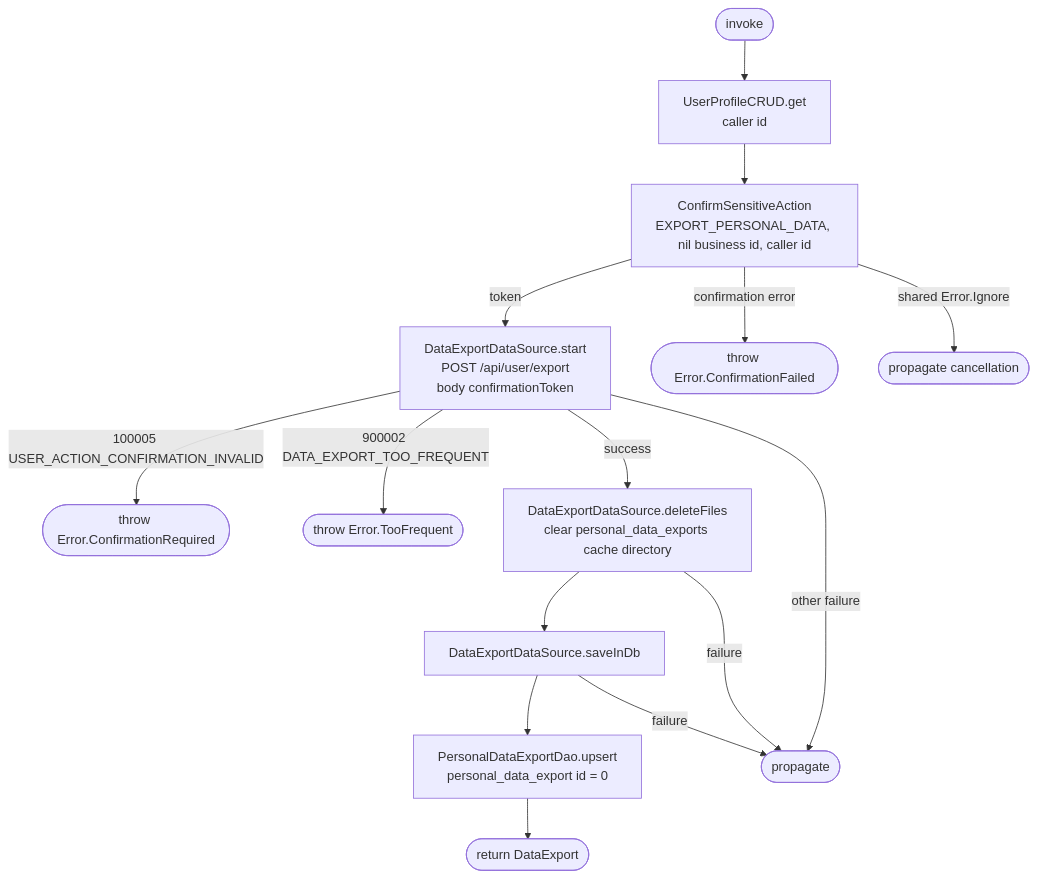
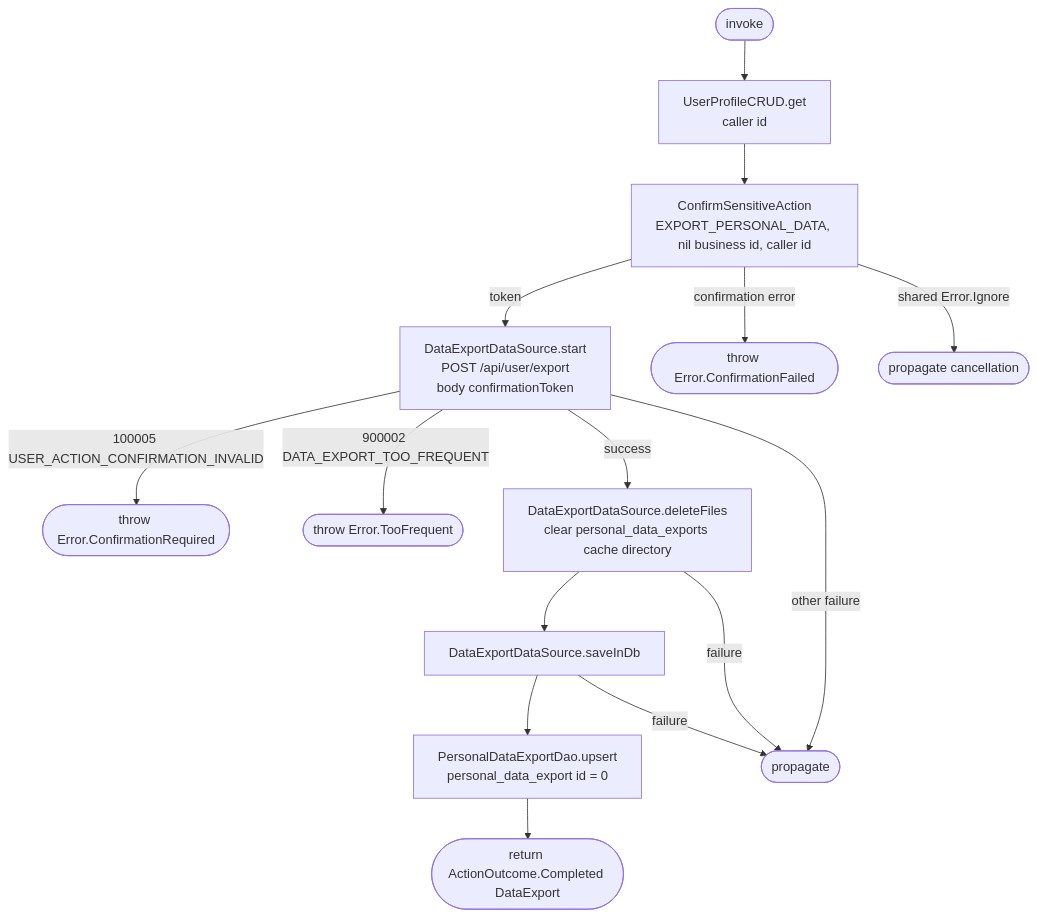
Before and after one commit to nocturneproperties/bookkme-client: the first of 2 diagrams in docs/operations/settings/start-personal-data-export.md, drawn with Mermaid. The commit also changed other lines of this file and 6 other files, not shown here.

````diff
--- a/docs/operations/settings/start-personal-data-export.md
+++ b/docs/operations/settings/start-personal-data-export.md
@@ -7,17 +11,17 @@
 ```mermaid
 flowchart TD
     Start([invoke]) --> Profile[UserProfileCRUD.get<br/>caller id]
     Profile --> Confirm[ConfirmSensitiveAction<br/>EXPORT_PERSONAL_DATA, nil business id, caller id]
     Confirm -- token --> Net[DataExportDataSource.start<br/>POST /api/user/export<br/>body confirmationToken]
     Confirm -- confirmation error --> Failed([throw Error.ConfirmationFailed])
     Confirm -- shared Error.Ignore --> Cancel([propagate cancellation])
     Net -- 100005 USER_ACTION_CONFIRMATION_INVALID --> Expired([throw Error.ConfirmationRequired])
     Net -- 900002 DATA_EXPORT_TOO_FREQUENT --> Limit([throw Error.TooFrequent])
     Net -- success --> Prune[DataExportDataSource.deleteFiles<br/>clear personal_data_exports cache directory]
     Prune --> Save[DataExportDataSource.saveInDb]
     Save --> Upsert[PersonalDataExportDao.upsert<br/>personal_data_export id = 0]
-    Upsert --> R([return DataExport])
+    Upsert --> R([return ActionOutcome.Completed DataExport])
     Save -- failure --> Other
     Prune -- failure --> Other
     Net -- other failure --> Other([propagate])
 ```
````
